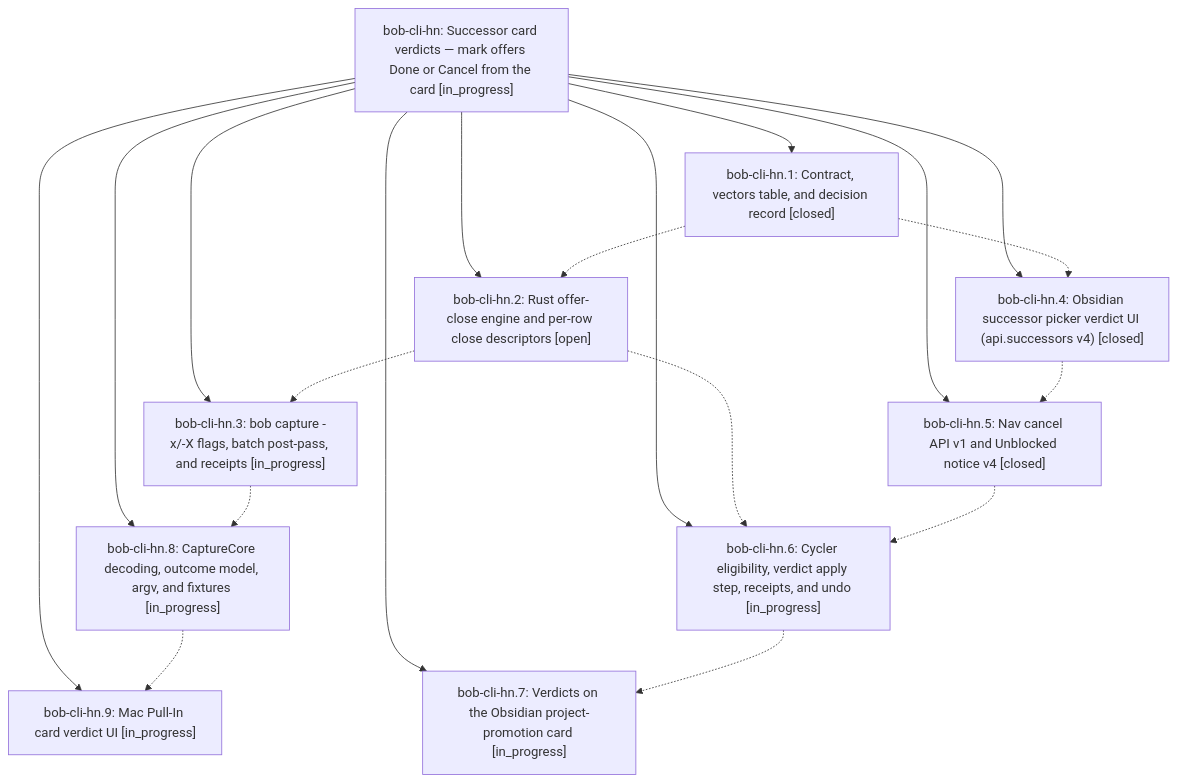
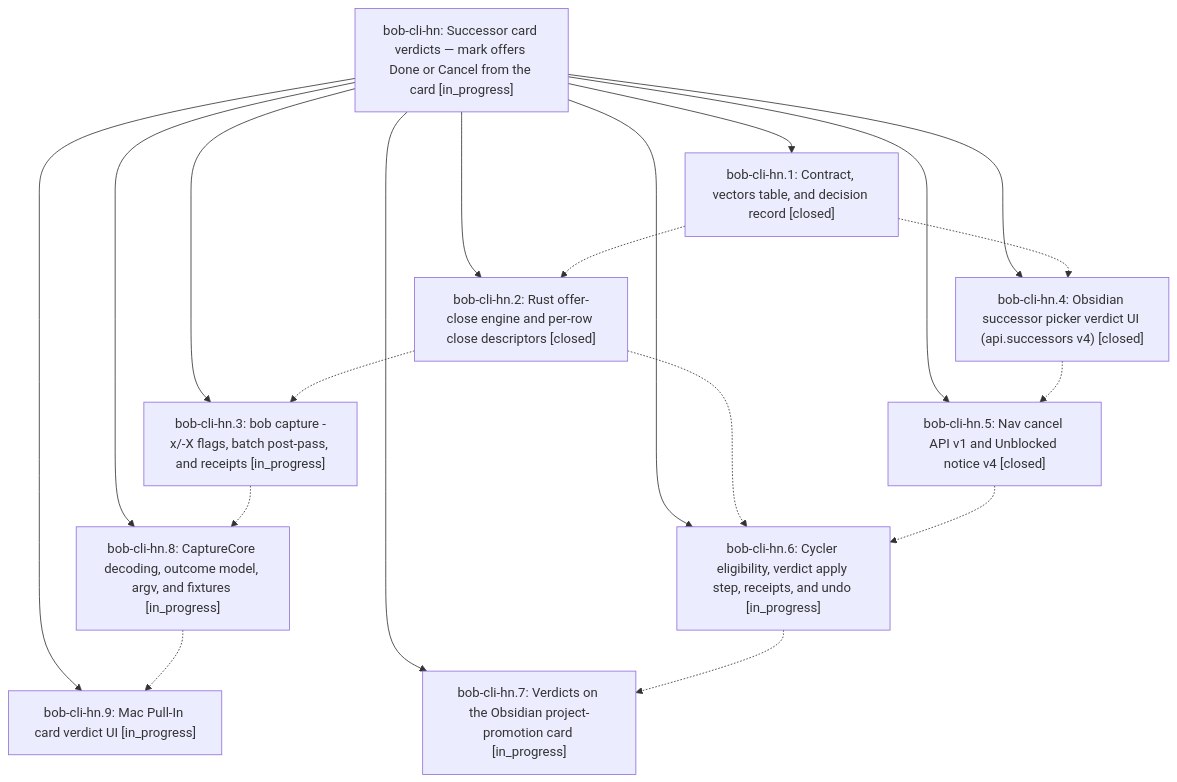
One commit to bobs-org/bob-cli--beads changed the diagram in pages/bob-cli-hn/README.md. Above: the diagram before and after it, drawn with Mermaid. The commit also changed other lines of this file and 6 other files, not shown here.

First line of the commit message:
chore(beads): sync bead state and pages for bob-cli-hn

````diff
--- a/pages/bob-cli-hn/README.md
+++ b/pages/bob-cli-hn/README.md
@@ -44,31 +44,31 @@
 ```mermaid
 flowchart TD
     n0["bob-cli-hn: Successor card verdicts — mark offers Done or Cancel from the card [in_progress]"]
     n1["bob-cli-hn.1: Contract, vectors table, and decision record [closed]"]
-    n2["bob-cli-hn.2: Rust offer-close engine and per-row close descriptors [open]"]
+    n2["bob-cli-hn.2: Rust offer-close engine and per-row close descriptors [closed]"]
     n3["bob-cli-hn.3: bob capture -x/-X flags, batch post-pass, and receipts [in_progress]"]
     n4["bob-cli-hn.4: Obsidian successor picker verdict UI (api.successors v4) [closed]"]
     n5["bob-cli-hn.5: Nav cancel API v1 and Unblocked notice v4 [closed]"]
     n6["bob-cli-hn.6: Cycler eligibility, verdict apply step, receipts, and undo [in_progress]"]
     n7["bob-cli-hn.7: Verdicts on the Obsidian project-promotion card [in_progress]"]
     n8["bob-cli-hn.8: CaptureCore decoding, outcome model, argv, and fixtures [in_progress]"]
     n9["bob-cli-hn.9: Mac Pull-In card verdict UI [in_progress]"]
     n0 --> n1
     n0 --> n2
     n0 --> n3
     n0 --> n4
     n0 --> n5
     n0 --> n6
     n0 --> n7
     n0 --> n8
     n0 --> n9
     n1 -.-> n2
     n1 -.-> n4
     n2 -.-> n3
     n2 -.-> n6
     n3 -.-> n8
     n4 -.-> n5
     n5 -.-> n6
     n6 -.-> n7
     n8 -.-> n9
 ```
````
